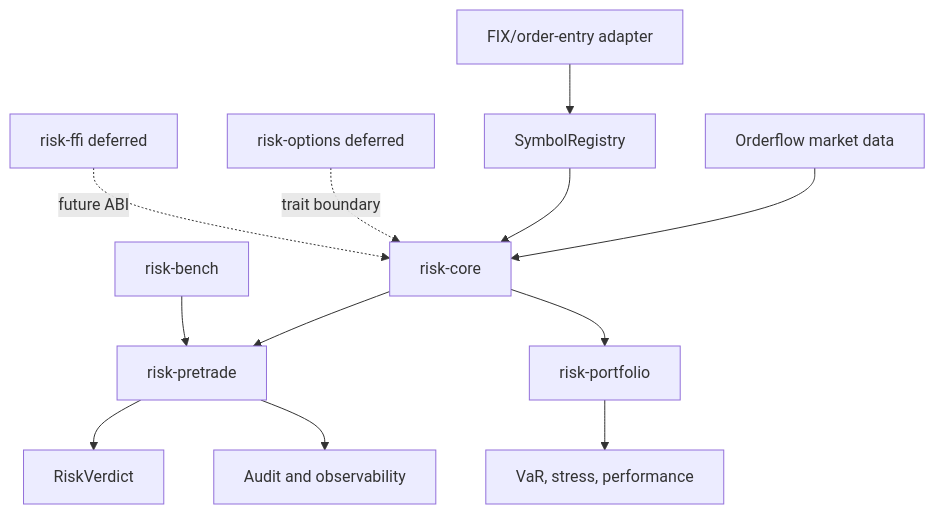
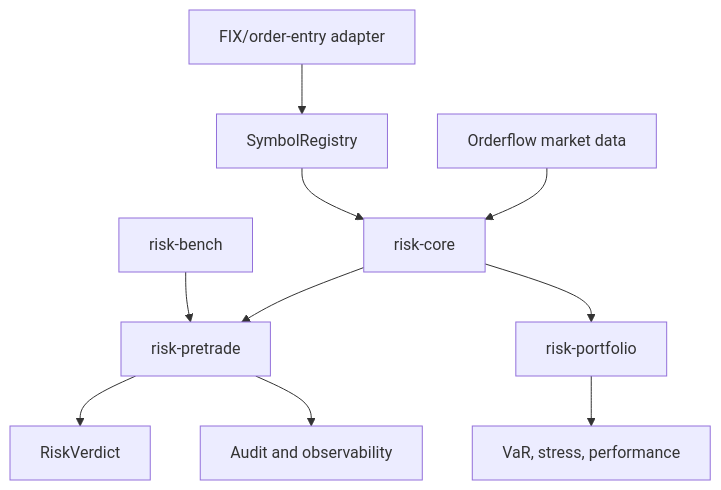
The first of 4 diagrams in docs/architecture.md (gregorian-09/riskflow), drawn with Mermaid before and after one commit. The commit also changed other lines of this file and 13 other files, not shown here.

````diff
--- a/docs/architecture.md
+++ b/docs/architecture.md
@@ -9,14 +9,12 @@
 ```mermaid
 flowchart TB
     md[Orderflow market data] --> core[risk-core]
     order[FIX/order-entry adapter] --> sym[SymbolRegistry]
     sym --> core
     core --> pretrade[risk-pretrade]
     core --> portfolio[risk-portfolio]
     pretrade --> decision[RiskVerdict]
     pretrade --> audit[Audit and observability]
     portfolio --> analytics[VaR, stress, performance]
     bench[risk-bench] --> pretrade
-    options[risk-options deferred] -. trait boundary .-> core
-    ffi[risk-ffi deferred] -. future ABI .-> core
 ```
````
